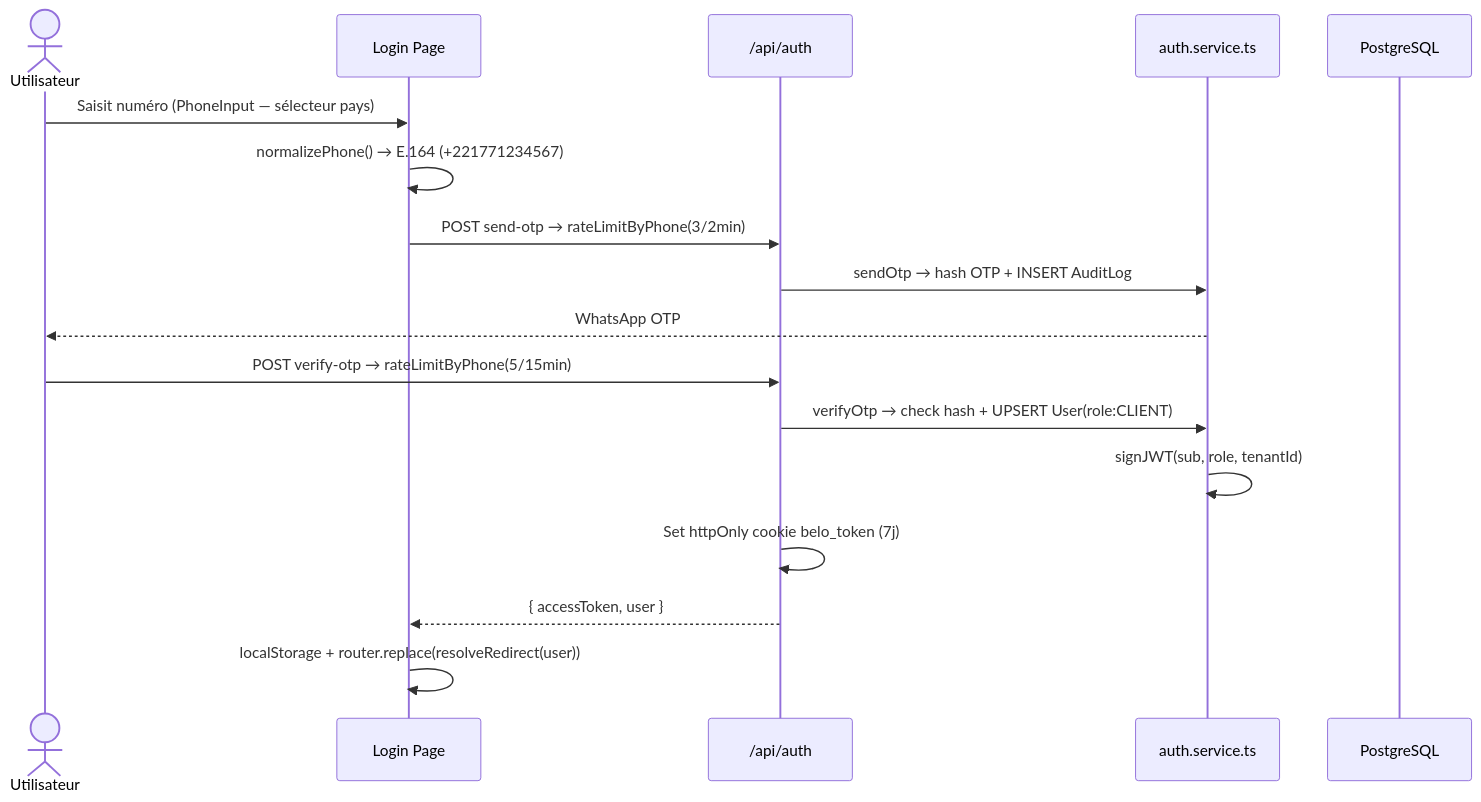
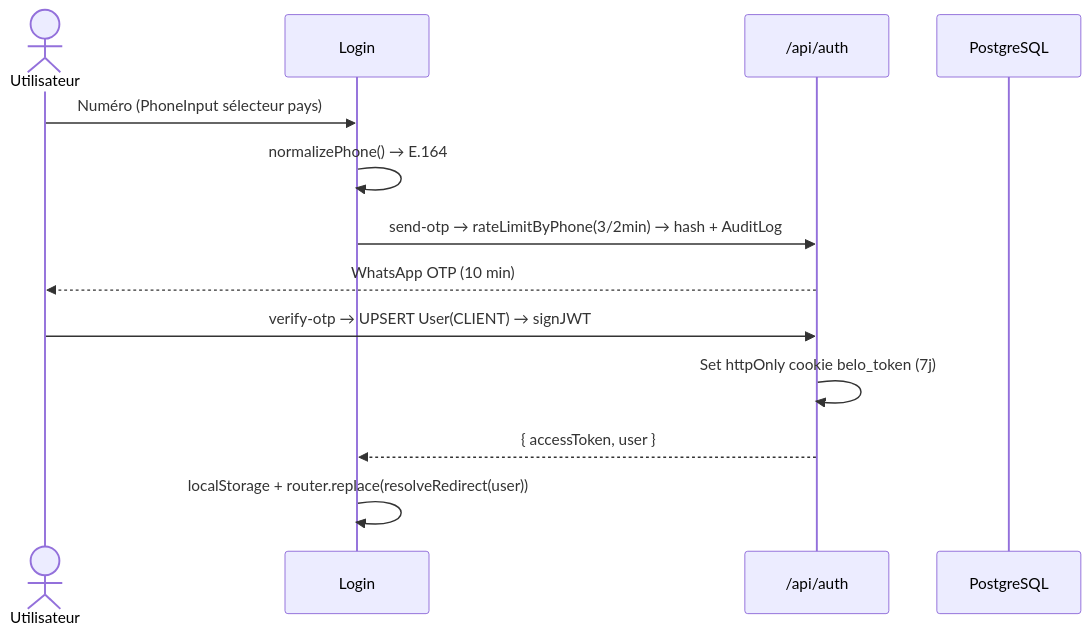
One commit to Ahmesgroup/belo changed the second of 4 diagrams in DOCUMENTATION.md. Above: the diagram before and after it, drawn with Mermaid. The commit also changed other lines of this file, not shown here.

````diff
--- a/DOCUMENTATION.md
+++ b/DOCUMENTATION.md
@@ -410,20 +342,16 @@
 ```mermaid
 sequenceDiagram
     actor U as Utilisateur
-    participant L as Login Page
+    participant L as Login
     participant A as /api/auth
-    participant S as auth.service.ts
     participant DB as PostgreSQL
 
-    U->>L: Saisit numéro (PhoneInput — sélecteur pays)
-    L->>L: normalizePhone() → E.164 (+221771234567)
-    L->>A: POST send-otp → rateLimitByPhone(3/2min)
-    A->>S: sendOtp → hash OTP + INSERT AuditLog
-    S-->>U: WhatsApp OTP
-    U->>A: POST verify-otp → rateLimitByPhone(5/15min)
-    A->>S: verifyOtp → check hash + UPSERT User(role:CLIENT)
-    S->>S: signJWT(sub, role, tenantId)
+    U->>L: Numéro (PhoneInput sélecteur pays)
+    L->>L: normalizePhone() → E.164
+    L->>A: send-otp → rateLimitByPhone(3/2min) → hash + AuditLog
+    A-->>U: WhatsApp OTP (10 min)
+    U->>A: verify-otp → UPSERT User(CLIENT) → signJWT
     A->>A: Set httpOnly cookie belo_token (7j)
     A-->>L: { accessToken, user }
     L->>L: localStorage + router.replace(resolveRedirect(user))
 ```
````
